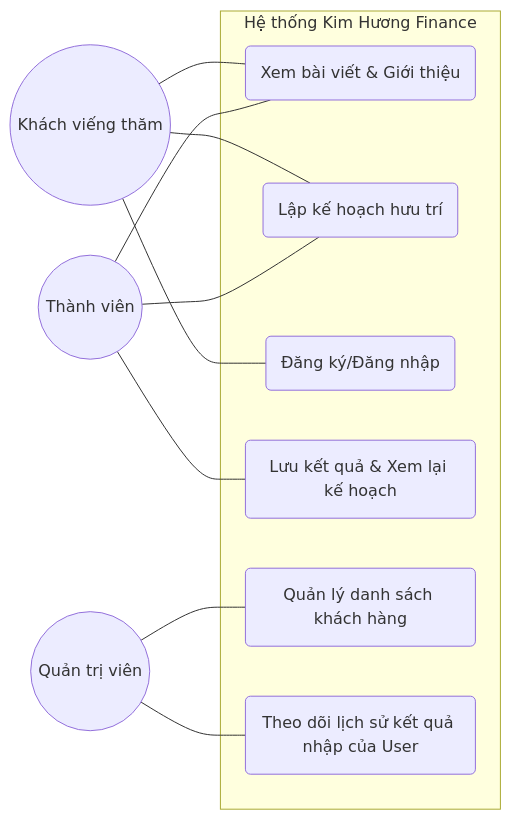
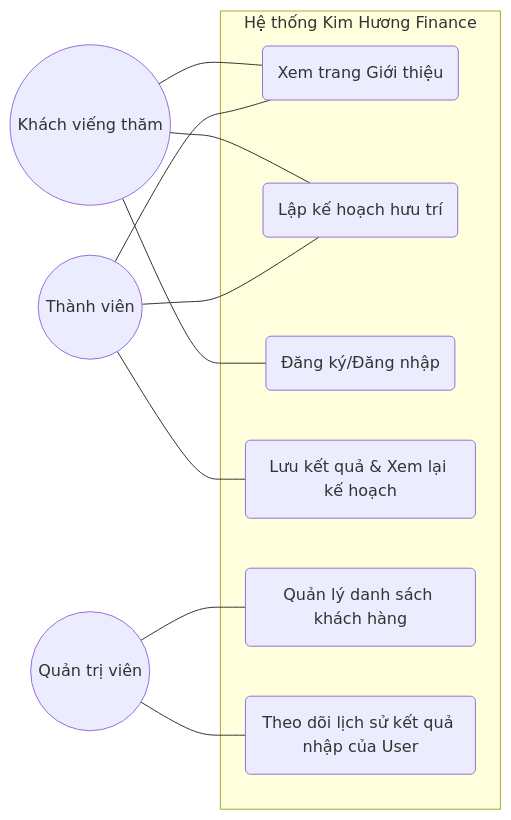
Before and after one commit to Hana-Hasa/PTUDTMDT: the second of 3 diagrams in Intership/Báo cáo Thực tập_88214020018_Trần Thị Ngọc Huyền.md, drawn with Mermaid. The commit also changed other lines of this file, not shown here.

````diff
--- a/Intership/Báo cáo Thực tập_88214020018_Trần Thị Ngọc Huyền.md
+++ b/Intership/Báo cáo Thực tập_88214020018_Trần Thị Ngọc Huyền.md
@@ -331,26 +328,26 @@
 ```mermaid
 graph LR
     Visitor((Khách viếng thăm))
     User((Thành viên))
     Admin((Quản trị viên))
     
     subgraph "Hệ thống Kim Hương Finance"
-        UC1(Xem bài viết & Giới thiệu)
+        UC1(Xem trang Giới thiệu)
         UC2(Lập kế hoạch hưu trí)
         UC3(Đăng ký/Đăng nhập)
         UC4(Lưu kết quả & Xem lại kế hoạch)
         UC5(Quản lý danh sách khách hàng)
         UC6(Theo dõi lịch sử kết quả nhập của User)
     end
     
     Visitor --- UC1
     Visitor --- UC2
     Visitor --- UC3
     
     User --- UC1
     User --- UC2
     User --- UC4
     
     Admin --- UC5
     Admin --- UC6
 ```
````
